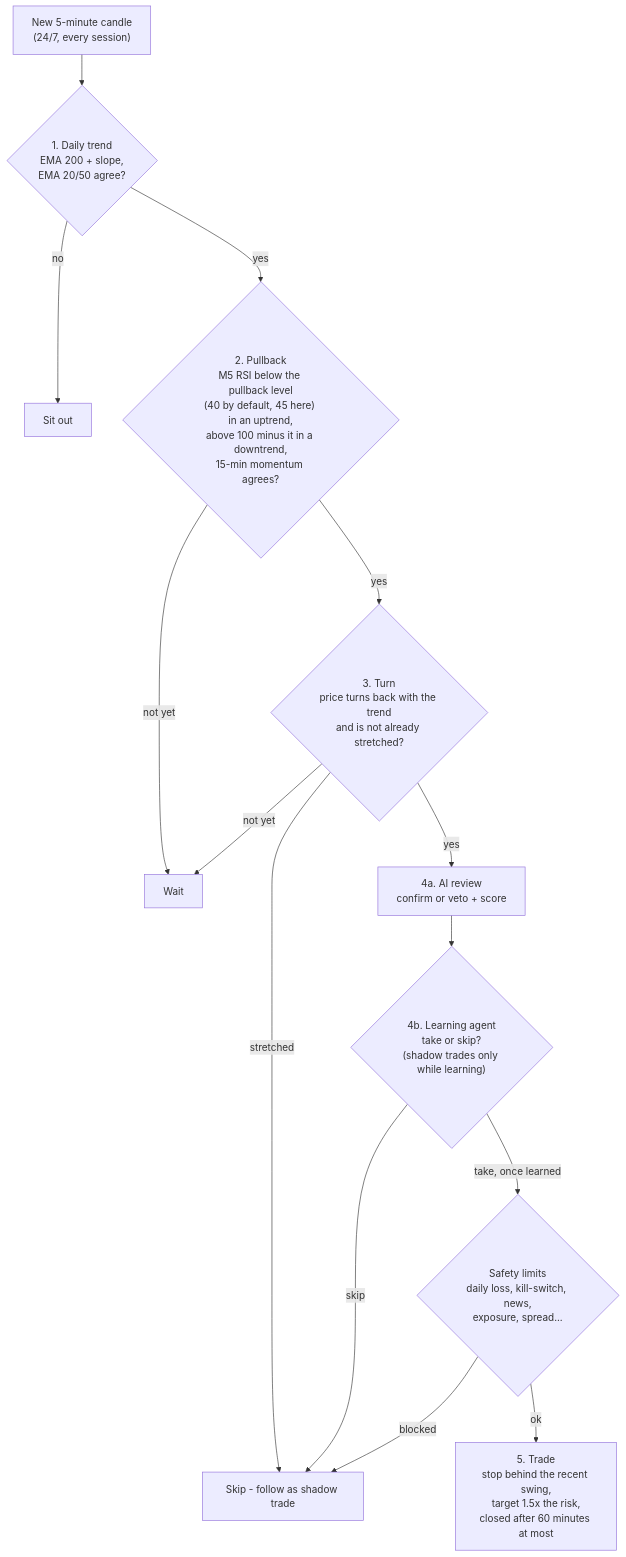
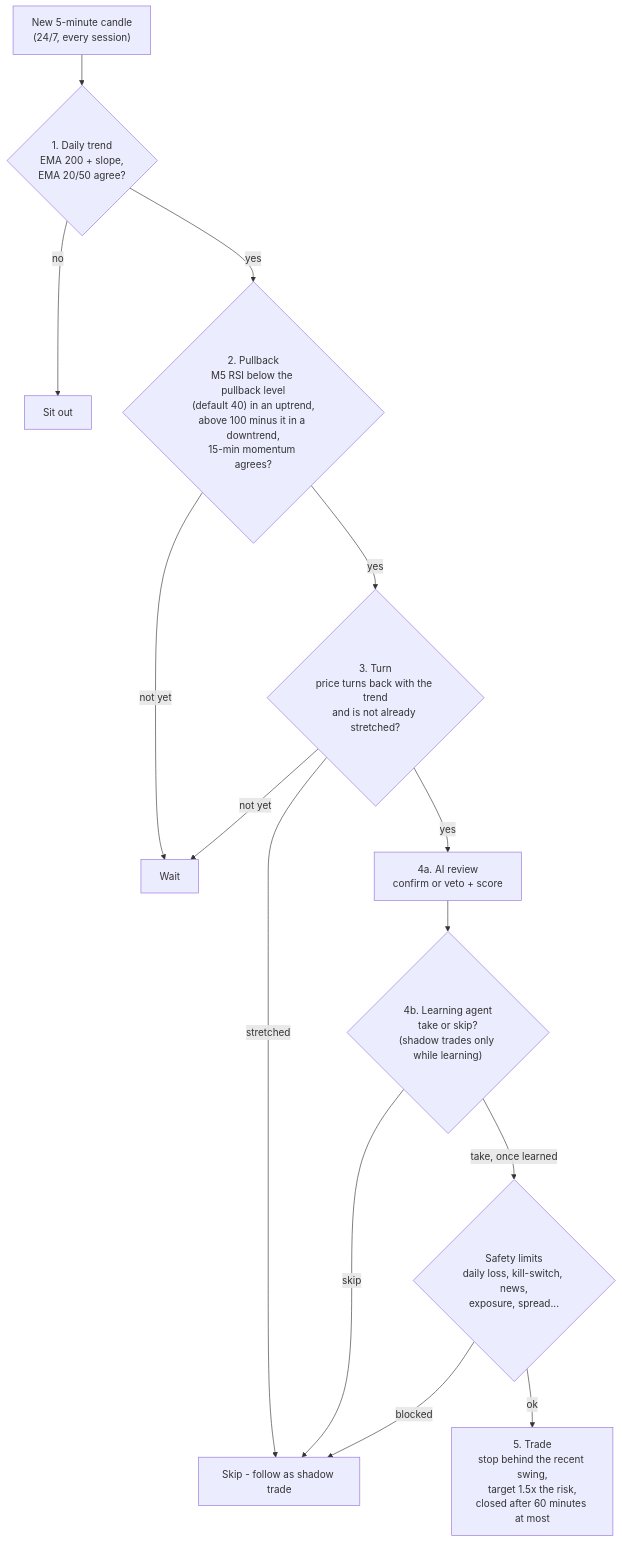
One commit to Hassnain829/Trading-Agent- changed the first of 3 diagrams in README.md. Above: the diagram before and after it, drawn with Mermaid. The commit also changed other lines of this file and 5 other files, not shown here.

````diff
--- a/README.md
+++ b/README.md
@@ -63,16 +62,16 @@
 ```mermaid
 flowchart TD
     A["New 5-minute candle<br/>(24/7, every session)"] --> B{"1. Daily trend<br/>EMA 200 + slope,<br/>EMA 20/50 agree?"}
     B -- no --> X1["Sit out"]
-    B -- yes --> C{"2. Pullback<br/>M5 RSI below the pullback level<br/>(40 by default, 45 here) in an uptrend,<br/>above 100 minus it in a downtrend,<br/>15-min momentum agrees?"}
+    B -- yes --> C{"2. Pullback<br/>M5 RSI below the pullback level<br/>(default 40) in an uptrend,<br/>above 100 minus it in a downtrend,<br/>15-min momentum agrees?"}
     C -- not yet --> X2["Wait"]
     C -- yes --> D{"3. Turn<br/>price turns back with the trend<br/>and is not already stretched?"}
     D -- not yet --> X2
     D -- stretched --> S1["Skip - follow as shadow trade"]
     D -- yes --> E["4a. AI review<br/>confirm or veto + score"]
     E --> G{"4b. Learning agent<br/>take or skip?<br/>(shadow trades only while learning)"}
     G -- skip --> S1
     G -- take, once learned --> R{"Safety limits<br/>daily loss, kill-switch, news,<br/>exposure, spread..."}
     R -- blocked --> S1
     R -- ok --> T["5. Trade<br/>stop behind the recent swing,<br/>target 1.5x the risk,<br/>closed after 60 minutes at most"]
 ```
````
